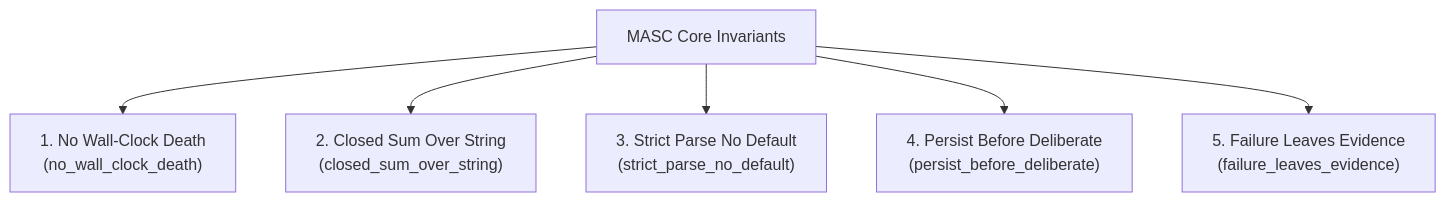
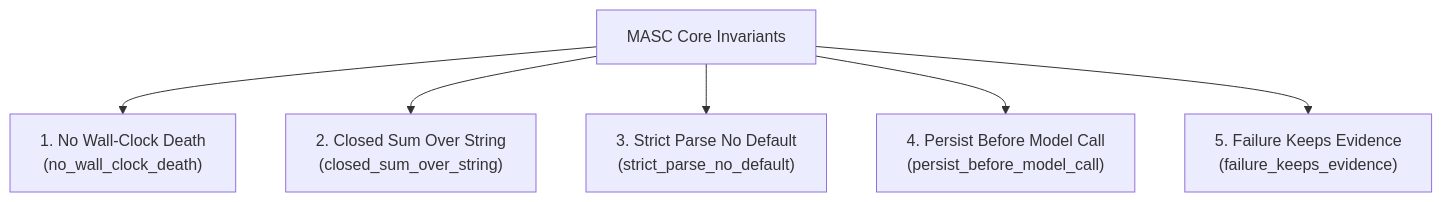
Before and after one commit to jeong-sik/masc: the diagram in docs-site/src/content/docs/architecture/constitution.md, drawn with Mermaid. The commit also changed other lines of this file and 5 other files, not shown here.

````diff
--- a/docs-site/src/content/docs/architecture/constitution.md
+++ b/docs-site/src/content/docs/architecture/constitution.md
@@ -12,9 +12,9 @@
 ```mermaid
 flowchart TD
     ROOT["MASC Core Invariants"]
     ROOT --> P1["1. No Wall-Clock Death<br/>(no_wall_clock_death)"]
     ROOT --> P2["2. Closed Sum Over String<br/>(closed_sum_over_string)"]
     ROOT --> P3["3. Strict Parse No Default<br/>(strict_parse_no_default)"]
-    ROOT --> P4["4. Persist Before Deliberate<br/>(persist_before_deliberate)"]
-    ROOT --> P5["5. Failure Leaves Evidence<br/>(failure_leaves_evidence)"]
+    ROOT --> P4["4. Persist Before Model Call<br/>(persist_before_model_call)"]
+    ROOT --> P5["5. Failure Keeps Evidence<br/>(failure_keeps_evidence)"]
 ```
````
